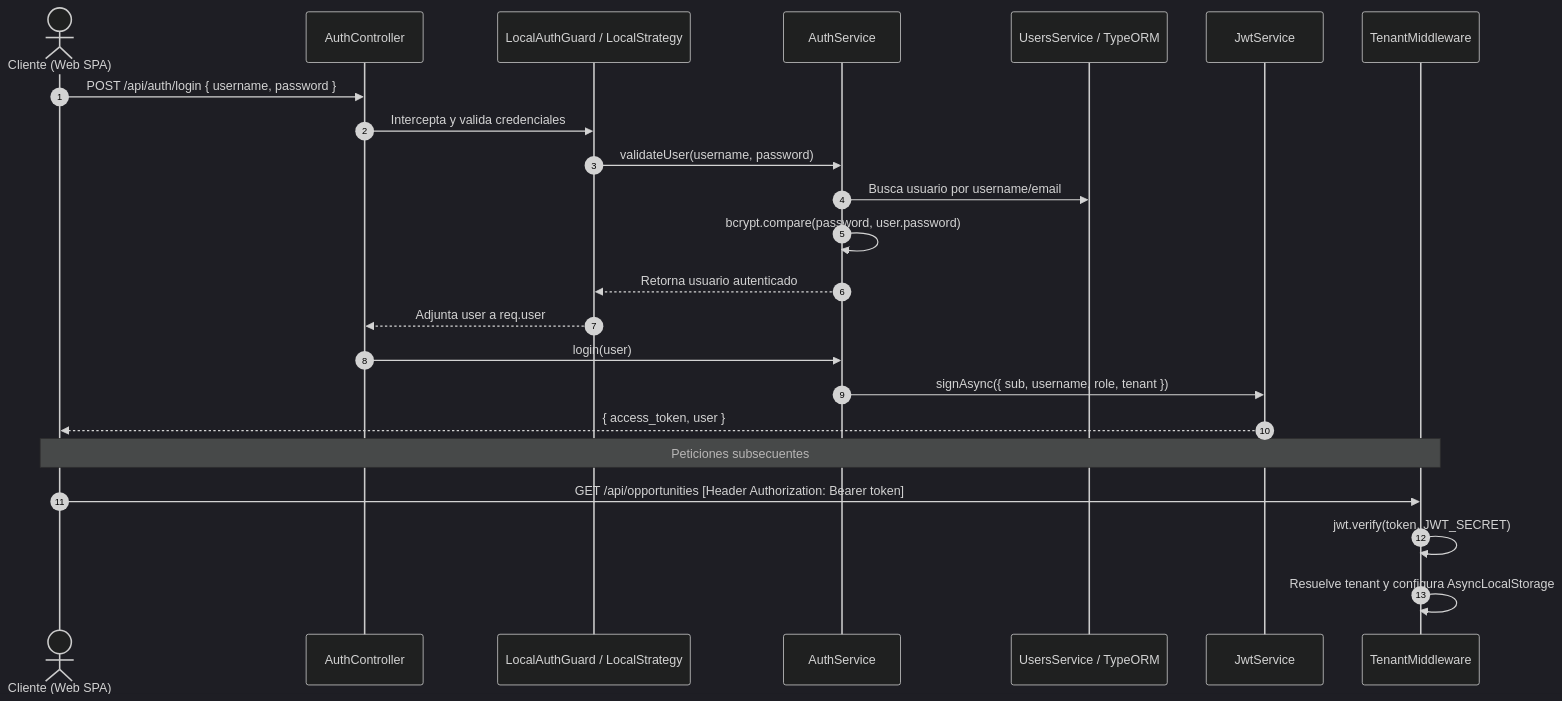
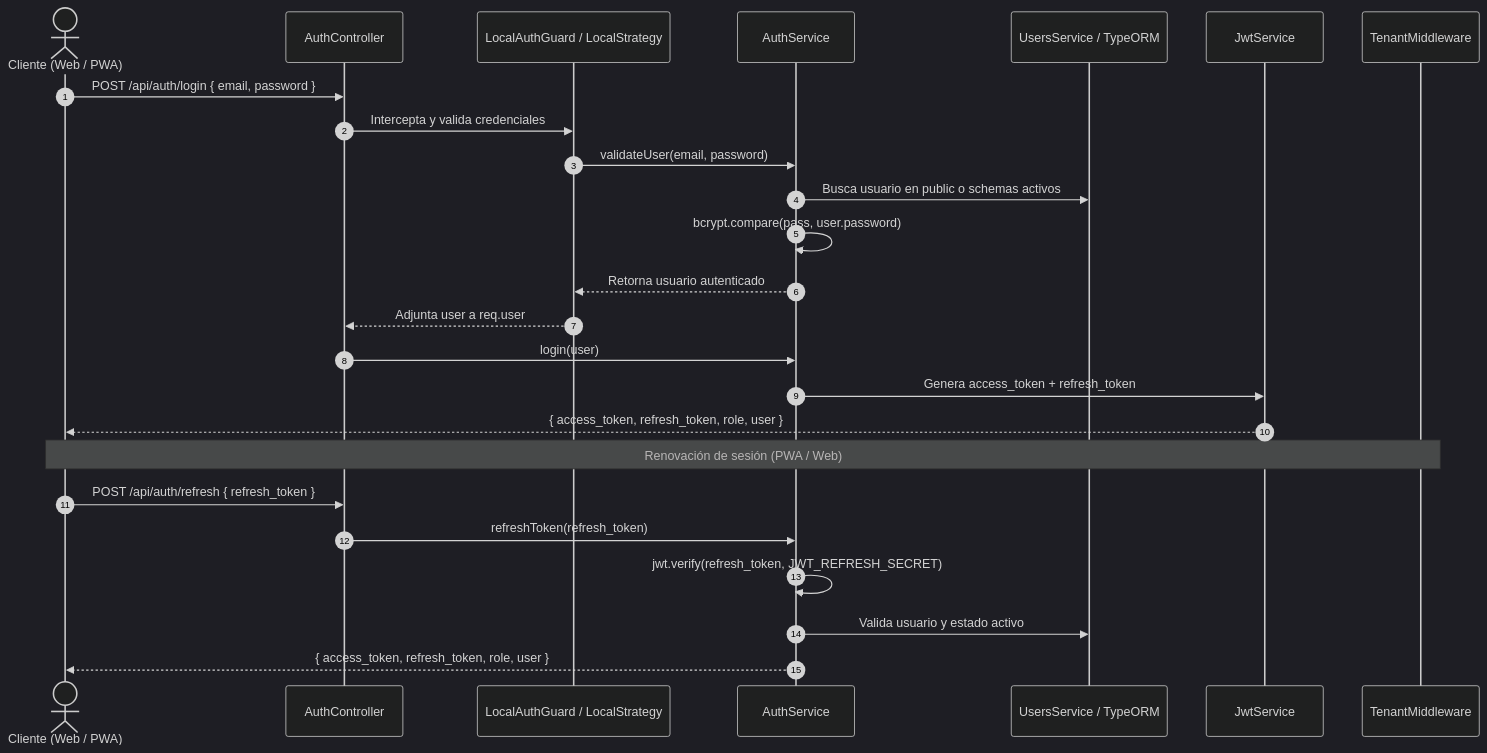
The diagram in Proyectos/CRM TIBS - Autenticacion, JWT & Seguridad.md (DesarrolloTibs/crm-tibs-api), drawn with Mermaid (dark theme) before and after one commit. The commit also changed other lines of this file and 7 other files, not shown here.

Commit message:
[add] update jwt, pwa actions

````diff
--- a/Proyectos/CRM TIBS - Autenticacion, JWT & Seguridad.md
+++ b/Proyectos/CRM TIBS - Autenticacion, JWT & Seguridad.md
@@ -21,27 +22,29 @@
 ```mermaid
 sequenceDiagram
     autonumber
-    actor Cliente as Cliente (Web SPA)
+    actor Cliente as Cliente (Web / PWA)
     participant AuthCtrl as AuthController
     participant LocalGuard as LocalAuthGuard / LocalStrategy
     participant AuthSvc as AuthService
     participant UserRepo as UsersService / TypeORM
     participant JwtSvc as JwtService
     participant TenantMW as TenantMiddleware
 
-    Cliente->>AuthCtrl: POST /api/auth/login { username, password }
+    Cliente->>AuthCtrl: POST /api/auth/login { email, password }
     AuthCtrl->>LocalGuard: Intercepta y valida credenciales
-    LocalGuard->>AuthSvc: validateUser(username, password)
-    AuthSvc->>UserRepo: Busca usuario por username/email
-    AuthSvc->>AuthSvc: bcrypt.compare(password, user.password)
+    LocalGuard->>AuthSvc: validateUser(email, password)
+    AuthSvc->>UserRepo: Busca usuario en public o schemas activos
+    AuthSvc->>AuthSvc: bcrypt.compare(pass, user.password)
     AuthSvc-->>LocalGuard: Retorna usuario autenticado
     LocalGuard-->>AuthCtrl: Adjunta user a req.user
     AuthCtrl->>AuthSvc: login(user)
-    AuthSvc->>JwtSvc: signAsync({ sub, username, role, tenant })
-    JwtSvc-->>Cliente: { access_token, user }
+    AuthSvc->>JwtSvc: Genera access_token + refresh_token
+    JwtSvc-->>Cliente: { access_token, refresh_token, role, user }
 
-    Note over Cliente, TenantMW: Peticiones subsecuentes
-    Cliente->>TenantMW: GET /api/opportunities [Header Authorization: Bearer token]
-    TenantMW->>TenantMW: jwt.verify(token, JWT_SECRET)
-    TenantMW->>TenantMW: Resuelve tenant y configura AsyncLocalStorage
+    Note over Cliente, TenantMW: Renovación de sesión (PWA / Web)
+    Cliente->>AuthCtrl: POST /api/auth/refresh { refresh_token }
+    AuthCtrl->>AuthSvc: refreshToken(refresh_token)
+    AuthSvc->>AuthSvc: jwt.verify(refresh_token, JWT_REFRESH_SECRET)
+    AuthSvc->>UserRepo: Valida usuario y estado activo
+    AuthSvc-->>Cliente: { access_token, refresh_token, role, user }
 ```
````
